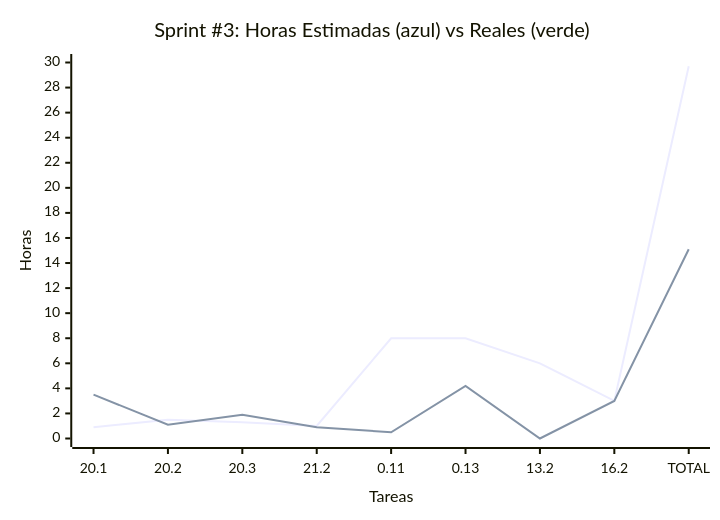
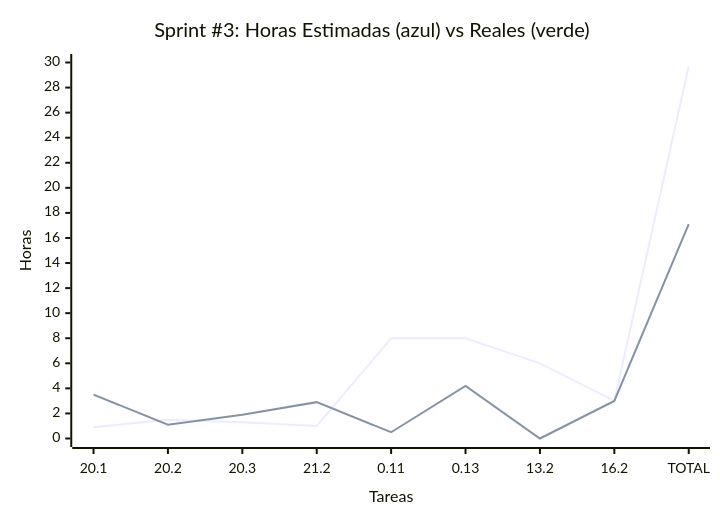
Before and after one commit to MarkMed/FleetMan: the third of 3 diagrams in docs/SprintsPlanning.md, drawn with Mermaid. The commit also changed other lines of this file, not shown here.

````diff
--- a/docs/SprintsPlanning.md
+++ b/docs/SprintsPlanning.md
@@ -141,12 +141,12 @@
 ```mermaid
 xychart-beta
     title "Sprint #3: Horas Estimadas #40;azul#41; vs Reales #40;verde#41;"
     x-axis "Tareas" ["20.1", "20.2", "20.3", "21.2", "0.11", "0.13", "13.2", "16.2", "TOTAL"]
     y-axis "Horas" 0 --> 30
 	
 	%% Green line
     line [0.9, 1.5, 1.3, 1, 8, 8, 6, 3, 29.7]
 
 	%% Black line
-    line [3.5, 1.1, 1.9, 0.9, 0.5, 4.2, 0, 3, 15.1]
+    line [3.5, 1.1, 1.9, 2.9, 0.5, 4.2, 0, 3, 17.1]
 ```
````
